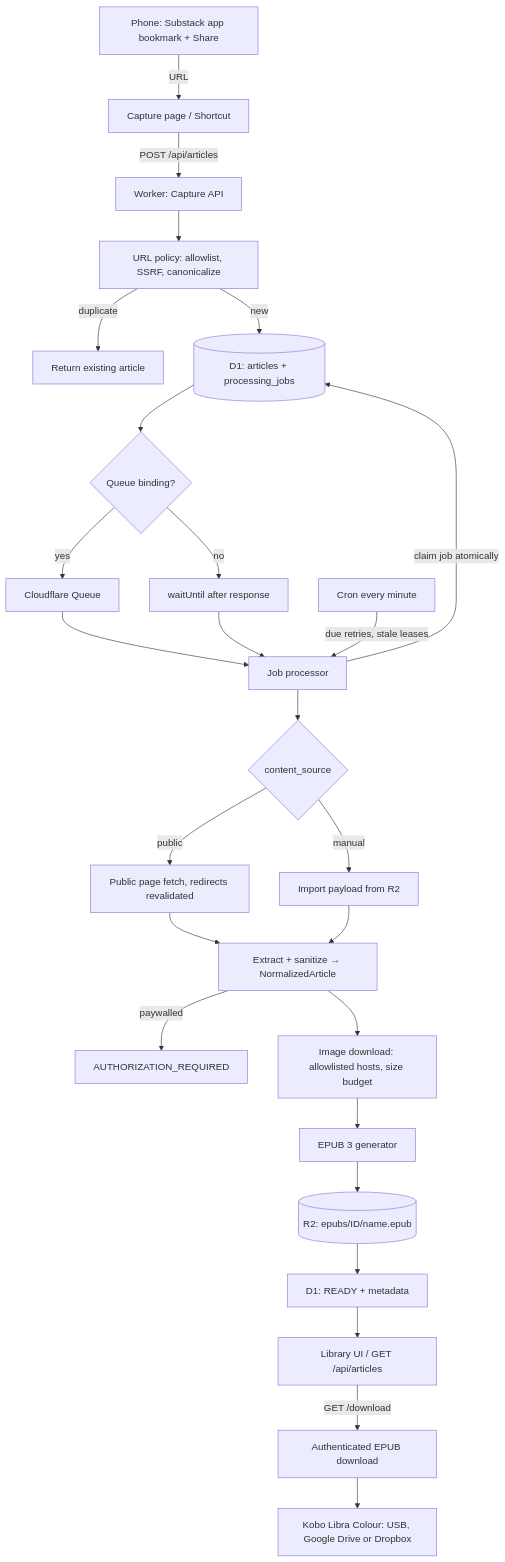
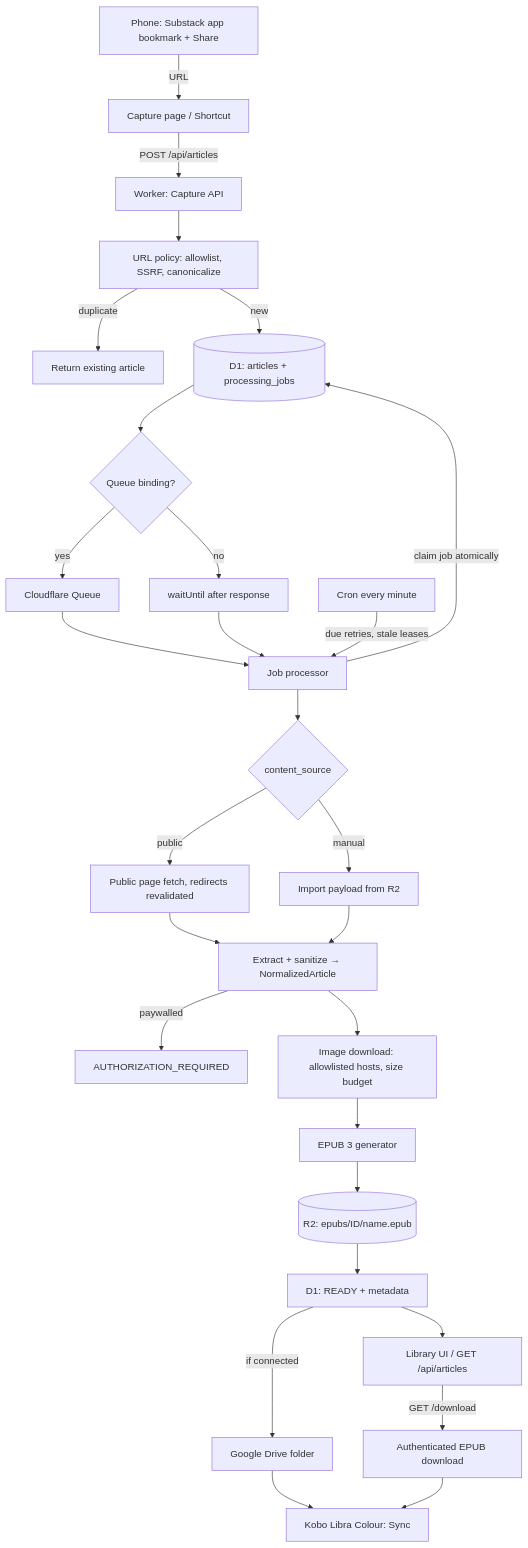
The diagram in docs/ARCHITECTURE.md (shubhamgavali70/substack-kobo), drawn with Mermaid before and after one commit. The commit also changed other lines of this file and 28 other files, not shown here.

First line of the commit message:
Add Google Drive delivery: OAuth connect, encrypted tokens, automatic upload after READY, re-send and disconnect

````diff
--- a/docs/ARCHITECTURE.md
+++ b/docs/ARCHITECTURE.md
@@ -22,28 +22,30 @@
 ```mermaid
 flowchart TD
     Phone[Phone: Substack app bookmark + Share] -->|URL| Capture[Capture page / Shortcut]
     Capture -->|POST /api/articles| API[Worker: Capture API]
     API --> Policy[URL policy: allowlist, SSRF, canonicalize]
     Policy -->|duplicate| Existing[Return existing article]
     Policy -->|new| D1[(D1: articles + processing_jobs)]
     D1 --> Dispatch{Queue binding?}
     Dispatch -->|yes| Queue[Cloudflare Queue]
     Dispatch -->|no| Inline[waitUntil after response]
     Queue --> Processor[Job processor]
     Inline --> Processor
     Cron[Cron every minute] -->|due retries, stale leases| Processor
     Processor -->|claim job atomically| D1
     Processor --> Source{content_source}
     Source -->|public| Fetch[Public page fetch, redirects revalidated]
     Source -->|manual| Import[Import payload from R2]
     Fetch --> Extract[Extract + sanitize → NormalizedArticle]
     Import --> Extract
     Extract -->|paywalled| AuthReq[AUTHORIZATION_REQUIRED]
     Extract --> Images[Image download: allowlisted hosts, size budget]
     Images --> Epub[EPUB 3 generator]
     Epub --> R2[(R2: epubs/ID/name.epub)]
     R2 --> Ready[D1: READY + metadata]
     Ready --> Library[Library UI / GET /api/articles]
     Library -->|GET /download| Download[Authenticated EPUB download]
-    Download --> Kobo[Kobo Libra Colour: USB, Google Drive or Dropbox]
+    Ready -->|if connected| Drive[Google Drive folder]
+    Drive --> Kobo[Kobo Libra Colour: Sync]
+    Download --> Kobo
 ```
````
